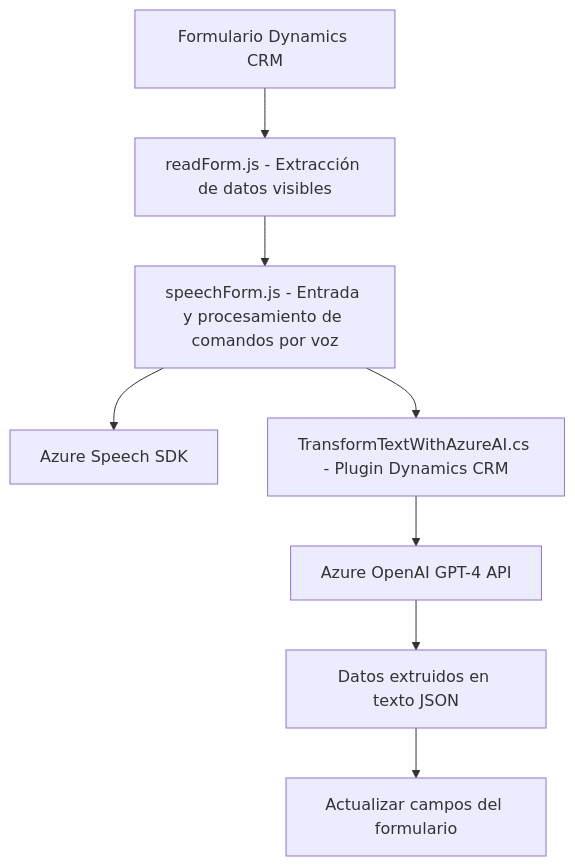
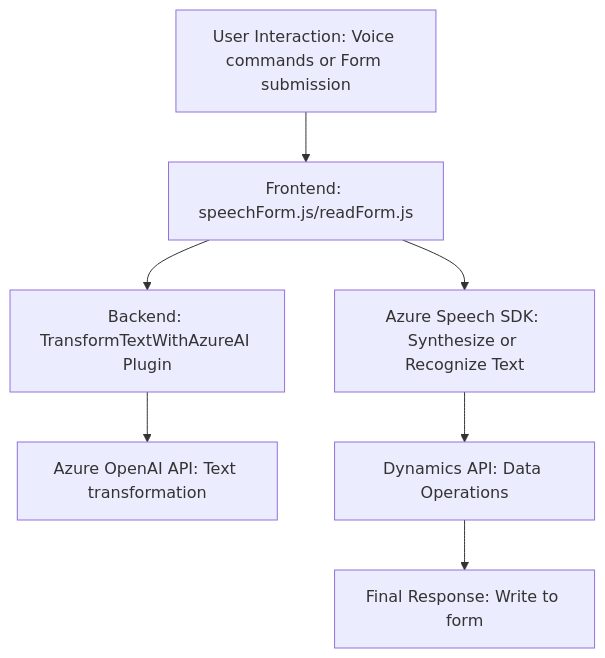
The diagram in README.md (blopezdm/NETCORE_BILBAO2025), drawn with Mermaid before and after one commit. The commit also changed other lines of this file, not shown here.

Commit message:
Actualizar análisis global de la solución con IA

````diff
--- a/README.md
+++ b/README.md
@@ -43,19 +51,17 @@
 ```mermaid
 graph TD
-    A["Formulario Dynamics CRM"]
-    B["readForm.js - Extracción de datos visibles"]
-    C["speechForm.js - Entrada y procesamiento de comandos por voz"]
-    D["Azure Speech SDK"]
-    E["TransformTextWithAzureAI.cs - Plugin Dynamics CRM"]
-    F["Azure OpenAI GPT-4 API"]
-    G["Datos extruidos en texto JSON"]
-    H["Actualizar campos del formulario"]
+    A["User Interaction: Voice commands or Form submission"]
+    B["Frontend: speechForm.js/readForm.js"]
+    C["Azure Speech SDK: Synthesize or Recognize Text"]
+    D["Backend: TransformTextWithAzureAI Plugin"]
+    E["Azure OpenAI API: Text transformation"]
+    F["Dynamics API: Data Operations"]
+    G["Final Response: Write to form"]
 
     A --> B
     B --> C
-    C --> D
-    C --> E
-    E --> F
+    C --> F
+    B --> D
+    D --> E
     F --> G
-    G --> H
 ```
````
